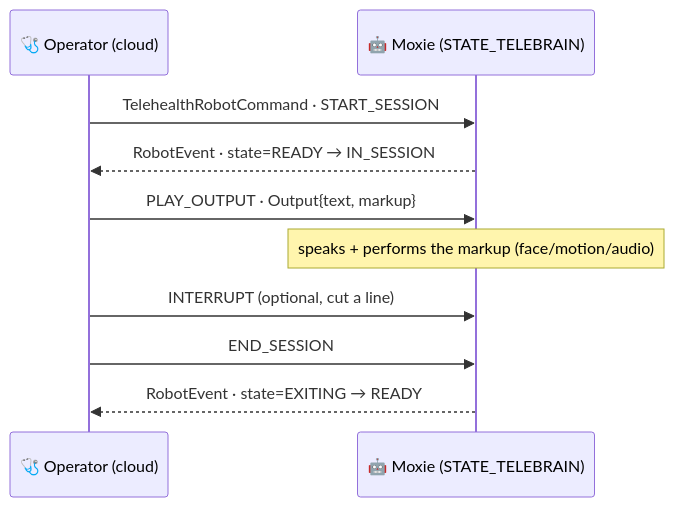
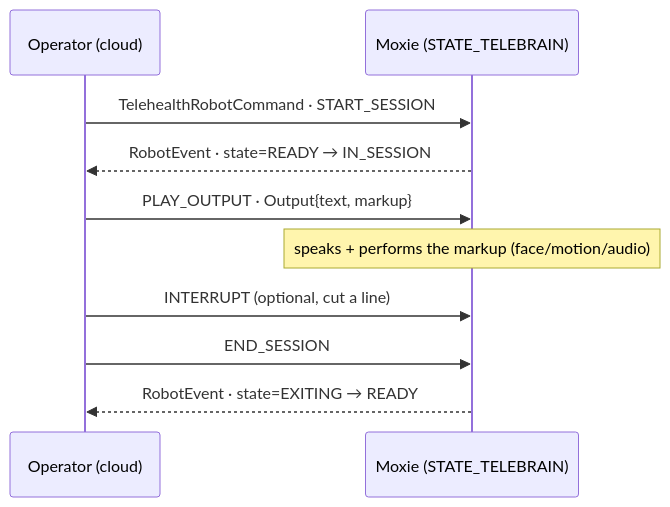
The diagram in docs/reverse-engineering/protocol/telehealth.md (mvalancy/moxie-robot-saver), drawn with Mermaid before and after one commit. The commit also changed other lines of this file and 454 other files, not shown here.

````diff
--- a/docs/reverse-engineering/protocol/telehealth.md
+++ b/docs/reverse-engineering/protocol/telehealth.md
@@ -68,12 +56,12 @@
 ```mermaid
 sequenceDiagram
-  participant Op as 🩺 Operator (cloud)
-  participant Moxie as 🤖 Moxie (STATE_TELEBRAIN)
+  participant Op as Operator (cloud)
+  participant Moxie as Moxie (STATE_TELEBRAIN)
   Op->>Moxie: TelehealthRobotCommand · START_SESSION
   Moxie-->>Op: RobotEvent · state=READY → IN_SESSION
   Op->>Moxie: PLAY_OUTPUT · Output{text, markup}
   Note over Moxie: speaks + performs the markup (face/motion/audio)
   Op->>Moxie: INTERRUPT (optional, cut a line)
   Op->>Moxie: END_SESSION
   Moxie-->>Op: RobotEvent · state=EXITING → READY
 ```
````
